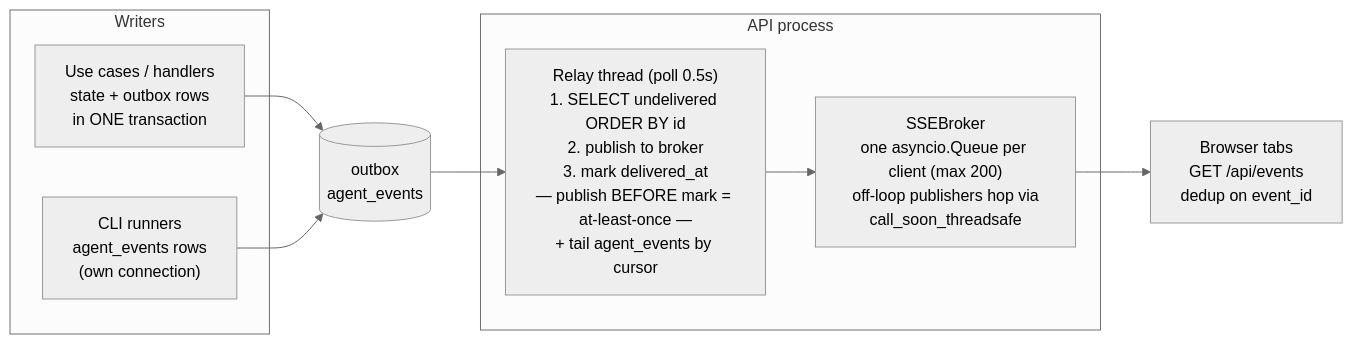
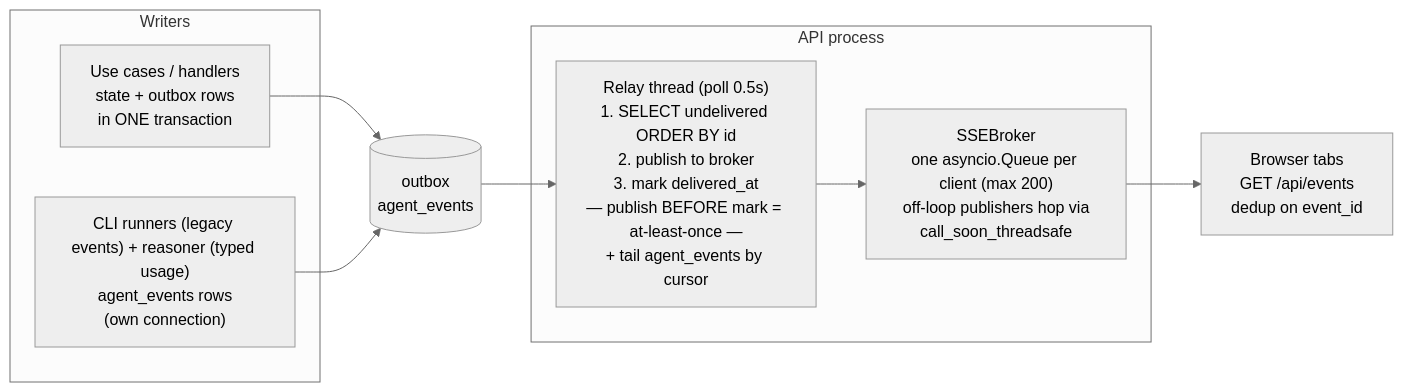
The diagram in docs/architecture/events-and-observability.md (guilhermeUpToTask/agent-orchestrator-prototype), drawn with Mermaid (neutral theme) before and after one commit. The commit also changed other lines of this file and 110 other files, not shown here.

````diff
--- a/docs/architecture/events-and-observability.md
+++ b/docs/architecture/events-and-observability.md
@@ -20,20 +26,20 @@
 ```mermaid
 flowchart LR
     subgraph writers["Writers"]
         uc["Use cases / handlers<br/>state + outbox rows<br/>in ONE transaction"]
-        runner["CLI runners<br/>agent_events rows<br/>(own connection)"]
+        runner["CLI runners (legacy events) + reasoner (typed usage)<br/>agent_events rows<br/>(own connection)"]
     end
 
     db[("outbox<br/>agent_events")]
 
     subgraph apiproc["API process"]
         relay["Relay thread (poll 0.5s)<br/>1. SELECT undelivered ORDER BY id<br/>2. publish to broker<br/>3. mark delivered_at<br/>— publish BEFORE mark = at-least-once —<br/>+ tail agent_events by cursor"]
         broker["SSEBroker<br/>one asyncio.Queue per client (max 200)<br/>off-loop publishers hop via<br/>call_soon_threadsafe"]
     end
 
     clients["Browser tabs<br/>GET /api/events<br/>dedup on event_id"]
 
     uc --> db
     runner --> db
     db --> relay --> broker --> clients
 ```
````
